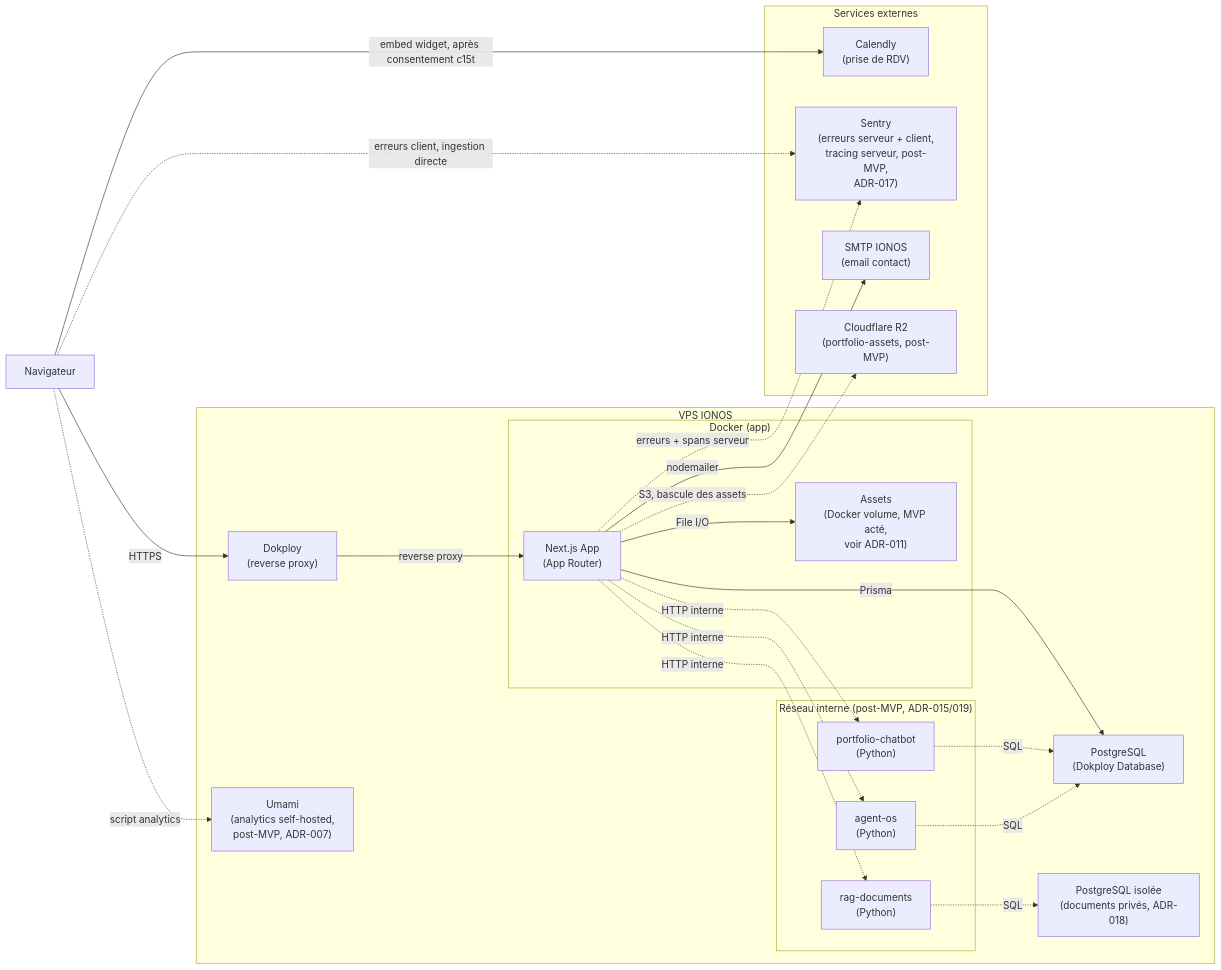
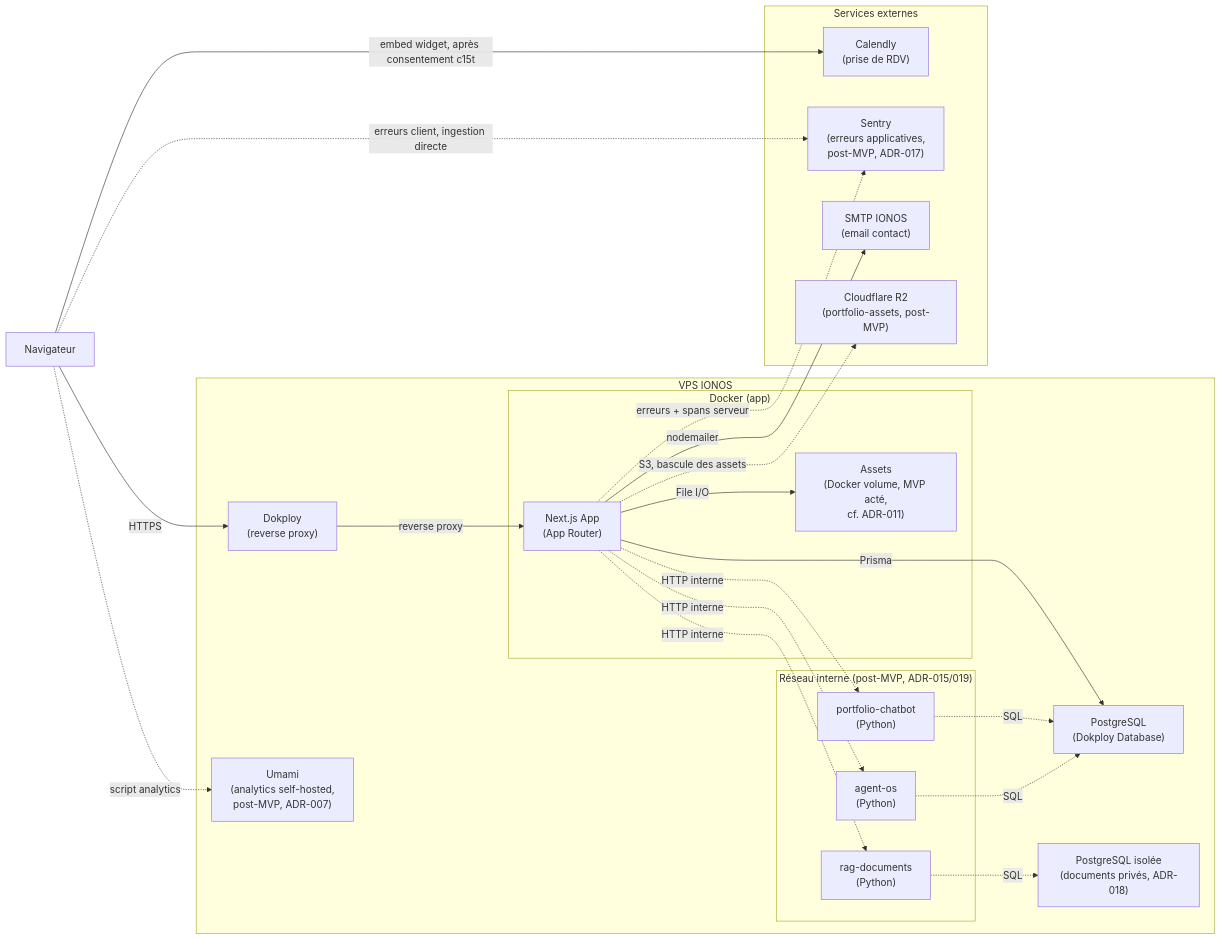
The first of 4 diagrams in docs/ARCHITECTURE.md (thibaud57/thibaud-geisler-portfolio), drawn with Mermaid before and after one commit. The commit also changed other lines of this file and 122 other files, not shown here.

````diff
--- a/docs/ARCHITECTURE.md
+++ b/docs/ARCHITECTURE.md
@@ -82,43 +82,43 @@
 ```mermaid
 graph LR
     Browser["Navigateur"]
 
     subgraph VPS["VPS IONOS"]
         Dokploy["Dokploy<br/>(reverse proxy)"]
         subgraph App["Docker (app)"]
             Next["Next.js App<br/>(App Router)"]
-            Assets["Assets<br/>(Docker volume, MVP acté,<br/>voir ADR-011)"]
+            Assets["Assets<br/>(Docker volume, MVP acté,<br/>cf. ADR-011)"]
         end
         PG["PostgreSQL<br/>(Dokploy Database)"]
         Umami["Umami<br/>(analytics self-hosted,<br/>post-MVP, ADR-007)"]
         subgraph Interne["Réseau interne (post-MVP, ADR-015/019)"]
             Chatbot["portfolio-chatbot<br/>(Python)"]
             AgentOS["agent-os<br/>(Python)"]
             RagDocs["rag-documents<br/>(Python)"]
         end
         PGPriv["PostgreSQL isolée<br/>(documents privés, ADR-018)"]
     end
 
     subgraph Ext["Services externes"]
         Calendly["Calendly<br/>(prise de RDV)"]
-        Sentry["Sentry<br/>(erreurs serveur + client,<br/>tracing serveur, post-MVP,<br/>ADR-017)"]
+        Sentry["Sentry<br/>(erreurs applicatives,<br/>post-MVP, ADR-017)"]
         SMTP["SMTP IONOS<br/>(email contact)"]
         R2["Cloudflare R2<br/>(portfolio-assets, post-MVP)"]
     end
 
     Browser -->|HTTPS| Dokploy -->|reverse proxy| Next
     Browser -->|embed widget, après consentement c15t| Calendly
     Browser -.->|script analytics| Umami
     Browser -.->|erreurs client, ingestion directe| Sentry
     Next -->|Prisma| PG
     Next -->|File I/O| Assets
     Next -.->|HTTP interne| Chatbot
     Next -.->|HTTP interne| AgentOS
     Next -.->|HTTP interne| RagDocs
     Next -->|nodemailer| SMTP
     Next -.->|erreurs + spans serveur| Sentry
     Next -.->|S3, bascule des assets| R2
     Chatbot -.->|SQL| PG
     AgentOS -.->|SQL| PG
     RagDocs -.->|SQL| PGPriv
 ```
````
